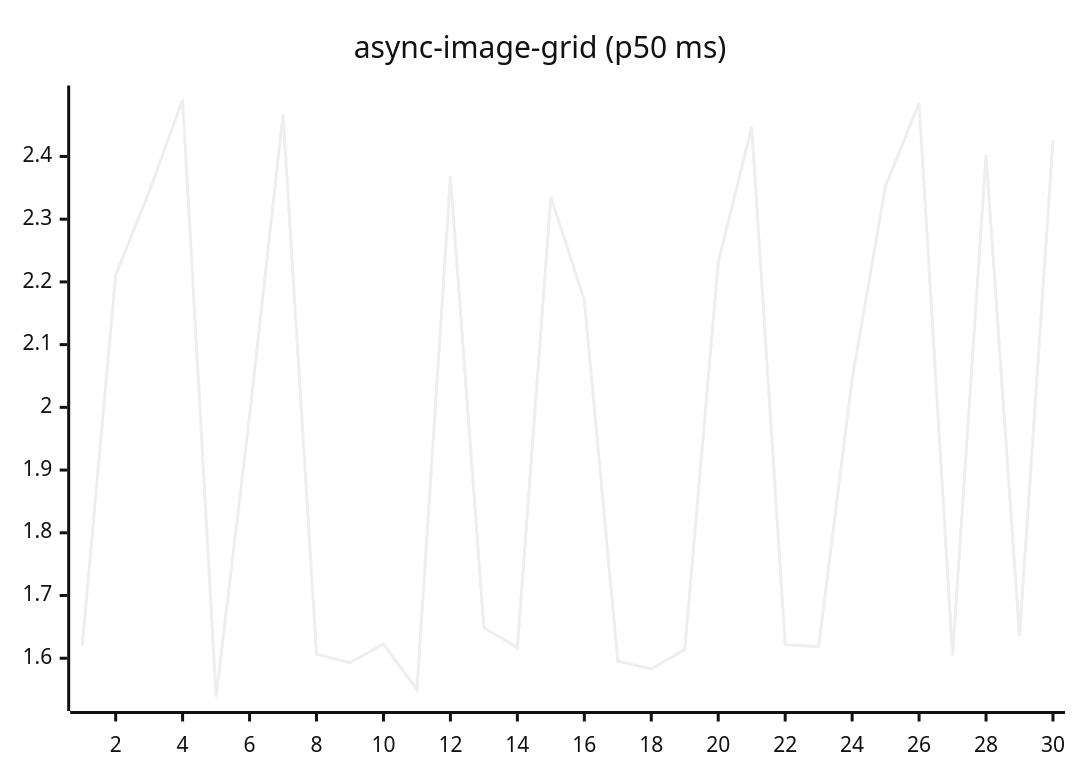
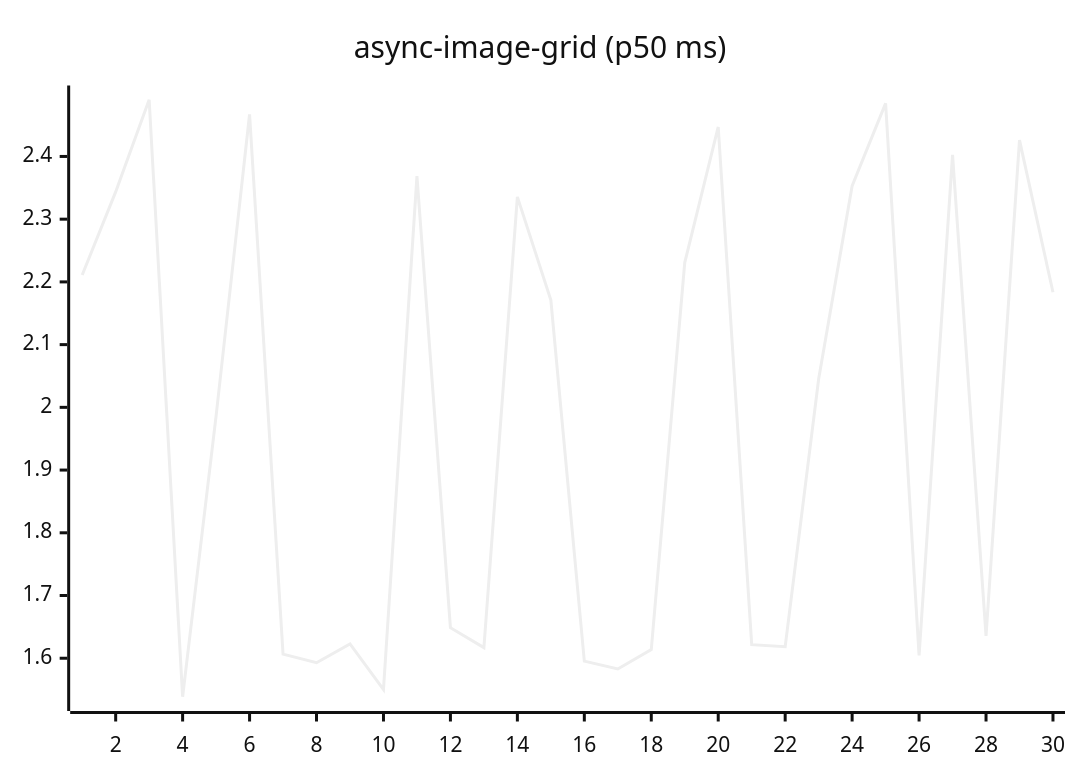
One commit to josha/Facet changed the fifth of 27 diagrams in README.md. Above: the diagram before and after it, drawn with Mermaid (neutral theme). The commit also changed other lines of this file and 2 other files, not shown here.

````diff
--- a/README.md
+++ b/README.md
@@ -91,6 +91,6 @@
 ```mermaid
 xychart-beta
     title "async-image-grid (p50 ms)"
     x-axis 1 --> 30
-    line [1.6193, 2.2110, 2.3435, 2.4904, 1.5386, 1.9864, 2.4670, 1.6066, 1.5928, 1.6229, 1.5501, 2.3685, 1.6487, 1.6169, 2.3355, 2.1710, 1.5954, 1.5829, 1.6137, 2.2308, 2.4470, 1.6216, 1.6184, 2.0452, 2.3531, 2.4847, 1.6045, 2.4025, 1.6357, 2.4260]
+    line [2.2110, 2.3435, 2.4904, 1.5386, 1.9864, 2.4670, 1.6066, 1.5928, 1.6229, 1.5501, 2.3685, 1.6487, 1.6169, 2.3355, 2.1710, 1.5954, 1.5829, 1.6137, 2.2308, 2.4470, 1.6216, 1.6184, 2.0452, 2.3531, 2.4847, 1.6045, 2.4025, 1.6357, 2.4260, 2.1835]
 ```
````
